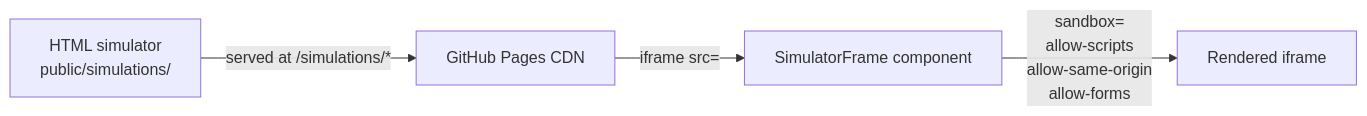
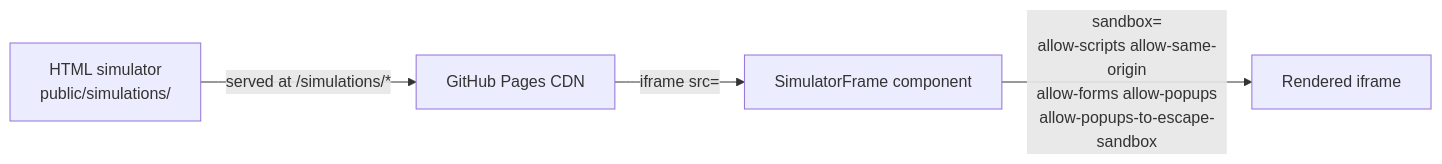
The fourth of 7 diagrams in docs/architecture.md (Advirao/blog), drawn with Mermaid before and after one commit. The commit also changed other lines of this file and 2 other files, not shown here.

````diff
--- a/docs/architecture.md
+++ b/docs/architecture.md
@@ -97,6 +97,6 @@
 ```mermaid
 flowchart LR
     HTML[HTML simulator\npublic/simulations/] -->|served at /simulations/*| CDN[GitHub Pages CDN]
     CDN -->|iframe src=| SF[SimulatorFrame component]
-    SF -->|sandbox=\nallow-scripts\nallow-same-origin\nallow-forms| IF[Rendered iframe]
+    SF -->|sandbox=\nallow-scripts allow-same-origin\nallow-forms allow-popups\nallow-popups-to-escape-sandbox| IF[Rendered iframe]
 ```
````
